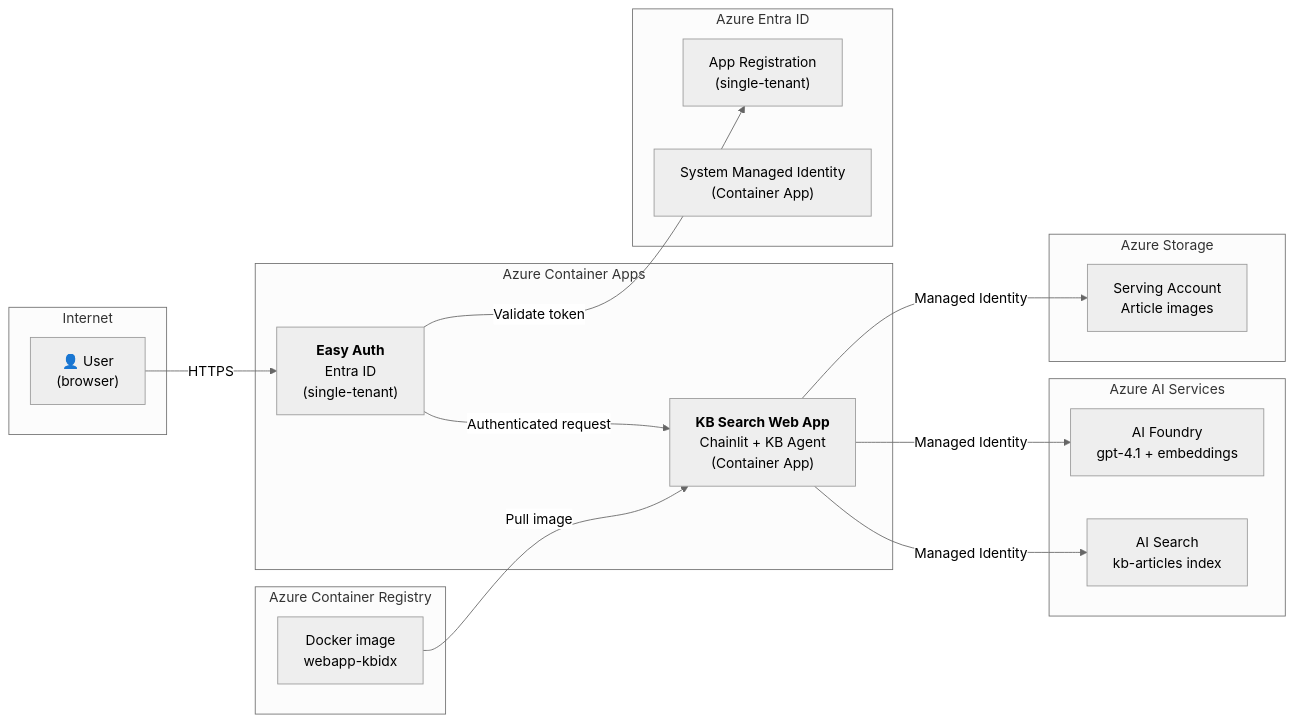
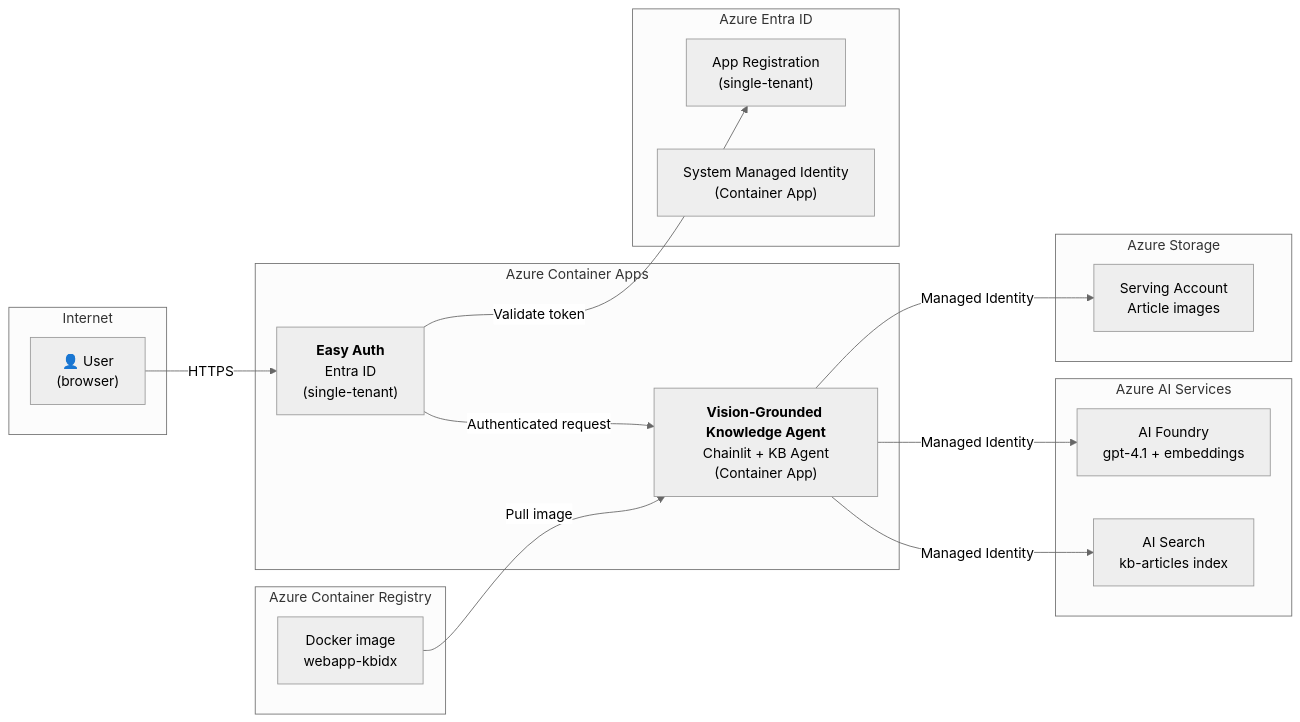
Before and after one commit to aldelar/azure-knowledge-base-ingestion: the diagram in docs/epics/003-web-app-azure-deployment.md, drawn with Mermaid (neutral theme). The commit also changed other lines of this file and 4 other files, not shown here.

````diff
--- a/docs/epics/003-web-app-azure-deployment.md
+++ b/docs/epics/003-web-app-azure-deployment.md
@@ -25,37 +25,37 @@
 ```mermaid
 flowchart LR
     subgraph Internet
         USER["👤 User<br/>(browser)"]
     end
 
     subgraph ACA["Azure Container Apps"]
         AUTH["<b>Easy Auth</b><br/>Entra ID<br/>(single-tenant)"]
-        APP["<b>KB Search Web App</b><br/>Chainlit + KB Agent<br/>(Container App)"]
+        APP["<b>Vision-Grounded Knowledge Agent</b><br/>Chainlit + KB Agent<br/>(Container App)"]
     end
 
     subgraph Registry["Azure Container Registry"]
         IMG["Docker image<br/>webapp-kbidx"]
     end
 
     subgraph AI["Azure AI Services"]
         AF["AI Foundry<br/>gpt-4.1 + embeddings"]
         AIS["AI Search<br/>kb-articles index"]
     end
 
     subgraph Storage["Azure Storage"]
         BLOB["Serving Account<br/>Article images"]
     end
 
     subgraph Identity["Azure Entra ID"]
         APPREG["App Registration<br/>(single-tenant)"]
         MI["System Managed Identity<br/>(Container App)"]
     end
 
     USER -->|HTTPS| AUTH
     AUTH -->|Validate token| APPREG
     AUTH -->|Authenticated request| APP
     IMG -->|Pull image| APP
     APP -->|Managed Identity| AF
     APP -->|Managed Identity| AIS
     APP -->|Managed Identity| BLOB
 ```
````
